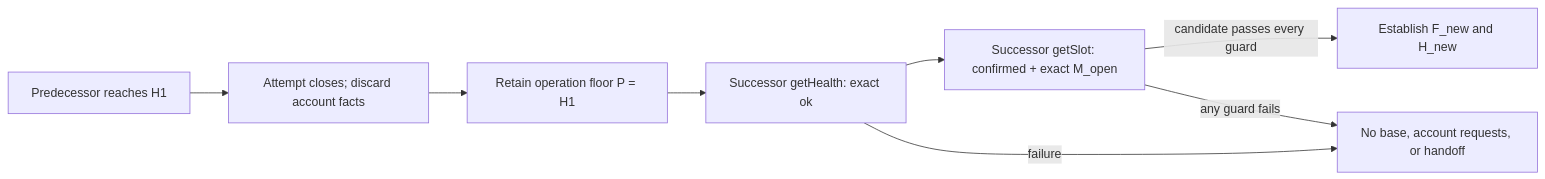
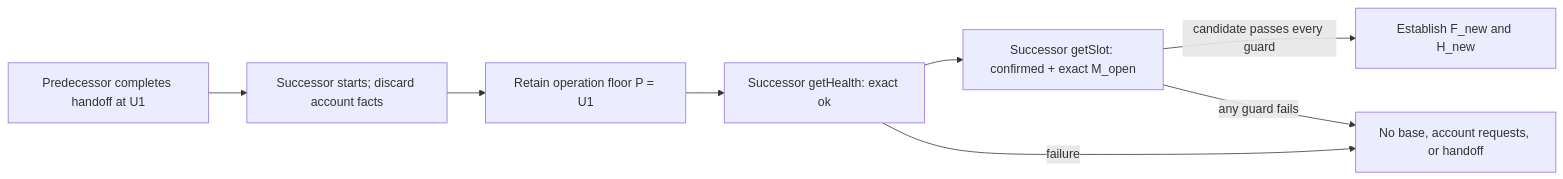
One commit to achiko/Payment-SDK changed the diagram in docs/adr/0014-carry-sol-destination-progress-across-operation-retries.md. Above: the diagram before and after it, drawn with Mermaid. The commit also changed other lines of this file and 28 other files, not shown here.

````diff
--- a/docs/adr/0014-carry-sol-destination-progress-across-operation-retries.md
+++ b/docs/adr/0014-carry-sol-destination-progress-across-operation-retries.md
@@ -142,10 +167,10 @@
 ```mermaid
 flowchart LR
-    A1["Predecessor reaches H1"] --> X["Attempt closes; discard account facts"]
-    X --> P["Retain operation floor P = H1"]
+    A1["Predecessor completes handoff at U1"] --> X["Successor starts; discard account facts"]
+    X --> P["Retain operation floor P = U1"]
     P --> K["Successor getHealth: exact ok"]
     K --> G["Successor getSlot: confirmed + exact M_open"]
     K -->|"failure"| D["No base, account requests, or handoff"]
     G -->|"candidate passes every guard"| H["Establish F_new and H_new"]
     G -->|"any guard fails"| D
 ```
````
